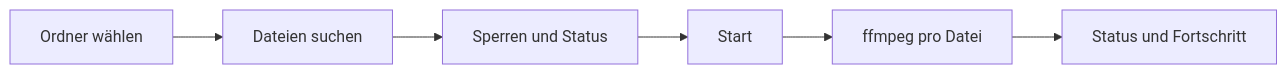
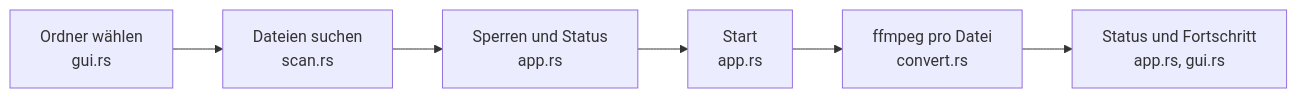
Before and after one commit to Senci/audio-konverter: the first of 2 diagrams in wiki/funktionen.md, drawn with Mermaid. The commit also changed other lines of this file and 13 other files, not shown here.

````diff
--- a/wiki/funktionen.md
+++ b/wiki/funktionen.md
@@ -13,4 +13,4 @@
 ```mermaid
 flowchart LR
-    A["Ordner wählen"] --> B["Dateien suchen"] --> C["Sperren und Status"] --> D["Start"] --> E["ffmpeg pro Datei"] --> F["Status und Fortschritt"]
+    A["Ordner wählen<br/>gui.rs"] --> B["Dateien suchen<br/>scan.rs"] --> C["Sperren und Status<br/>app.rs"] --> D["Start<br/>app.rs"] --> E["ffmpeg pro Datei<br/>convert.rs"] --> F["Status und Fortschritt<br/>app.rs, gui.rs"]
 ```
````
